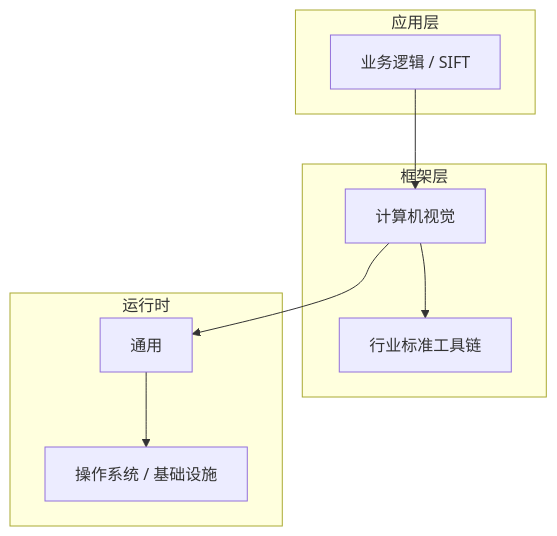
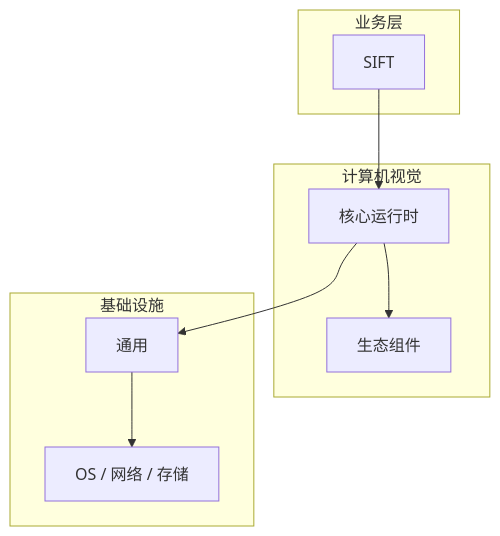
The diagram in articles/计算机视觉/chapters/031-SIFT核心概念与原理.md (yanggan2015/knowledge-json-v2), drawn with Mermaid before and after one commit. The commit also changed other lines of this file and 10127 other files, not shown here.

````diff
--- a/articles/计算机视觉/chapters/031-SIFT核心概念与原理.md
+++ b/articles/计算机视觉/chapters/031-SIFT核心概念与原理.md
@@ -45,18 +30,18 @@
 ```mermaid
 graph TB
-    subgraph 应用层
-        A[业务逻辑 / SIFT]
+    subgraph 业务层
+        A[SIFT]
     end
-    subgraph 框架层
-        B[计算机视觉]
-        C[行业标准工具链]
+    subgraph 计算机视觉
+        B[核心运行时]
+        C[生态组件]
     end
-    subgraph 运行时
+    subgraph 基础设施
         D[通用]
-        E[操作系统 / 基础设施]
+        E[OS / 网络 / 存储]
     end
     A --> B
     B --> C
     B --> D
     D --> E
 ```
````
